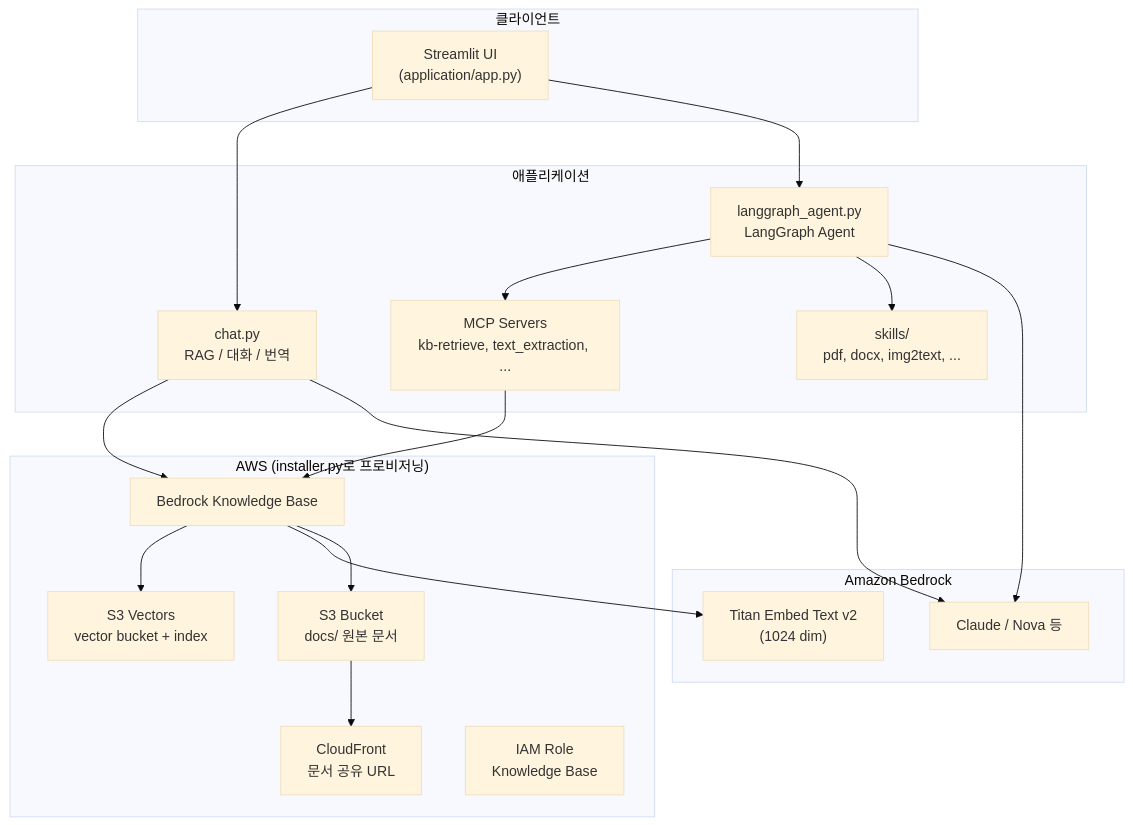
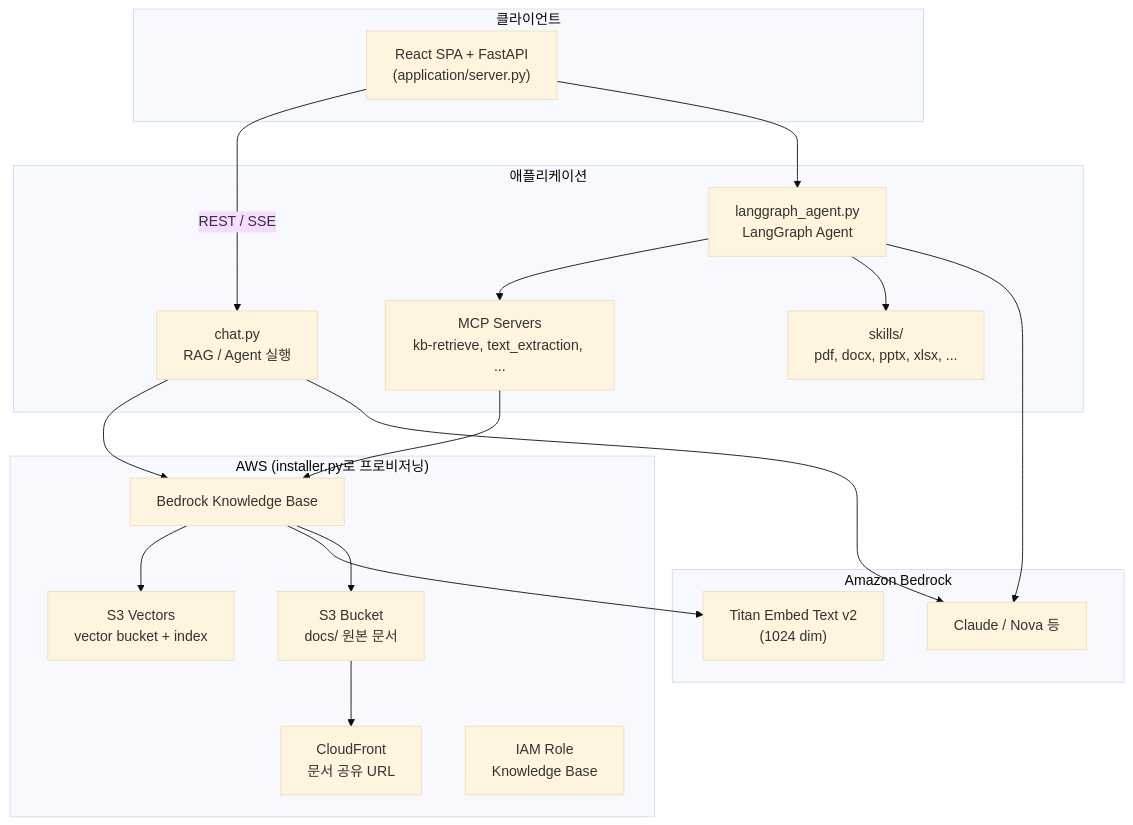
Before and after one commit to kyopark2014/rag-s3-vector: the diagram in README.md, drawn with Mermaid (base theme). The commit also changed other lines of this file and 68 other files, not shown here.

First line of the commit message:
Migrate app to FastAPI + React and refresh S3 Vectors README.

````diff
--- a/README.md
+++ b/README.md
@@ -15,39 +57,39 @@
 ```mermaid
 flowchart TB
     subgraph Client["클라이언트"]
-        UI["Streamlit UI<br/>(application/app.py)"]
+        UI["React SPA + FastAPI<br/>(application/server.py)"]
     end
 
     subgraph App["애플리케이션"]
-        Chat["chat.py<br/>RAG / 대화 / 번역"]
+        Chat["chat.py<br/>RAG / Agent 실행"]
         Agent["langgraph_agent.py<br/>LangGraph Agent"]
         MCP["MCP Servers<br/>kb-retrieve, text_extraction, ..."]
-        Skills["skills/<br/>pdf, docx, img2text, ..."]
+        Skills["skills/<br/>pdf, docx, pptx, xlsx, ..."]
     end
 
     subgraph AWS["AWS (installer.py로 프로비저닝)"]
         KB["Bedrock Knowledge Base"]
         S3V["S3 Vectors<br/>vector bucket + index"]
         S3["S3 Bucket<br/>docs/ 원본 문서"]
         CF["CloudFront<br/>문서 공유 URL"]
         IAM["IAM Role<br/>Knowledge Base"]
     end
 
     subgraph Models["Amazon Bedrock"]
         Embed["Titan Embed Text v2<br/>(1024 dim)"]
         LLM["Claude / Nova 등"]
     end
 
-    UI --> Chat
+    UI -->|REST / SSE| Chat
     UI --> Agent
     Agent --> MCP
     Agent --> Skills
     Chat --> KB
     MCP --> KB
     KB --> S3V
     KB --> Embed
     KB --> S3
     Chat --> LLM
     Agent --> LLM
     S3 --> CF
 ```
````
